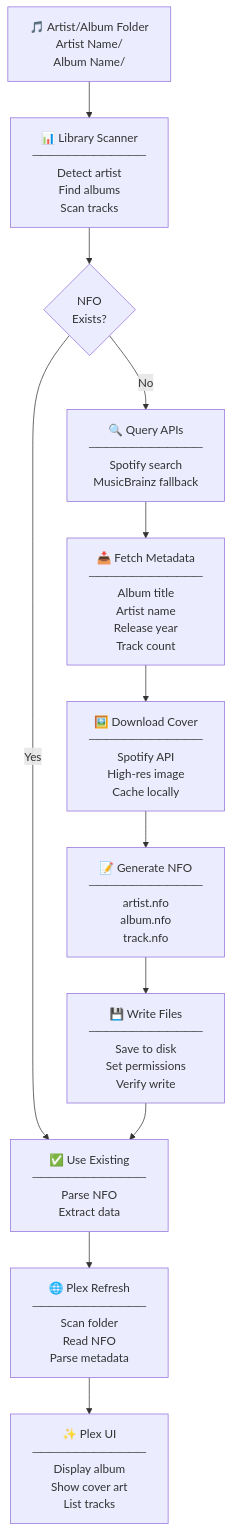
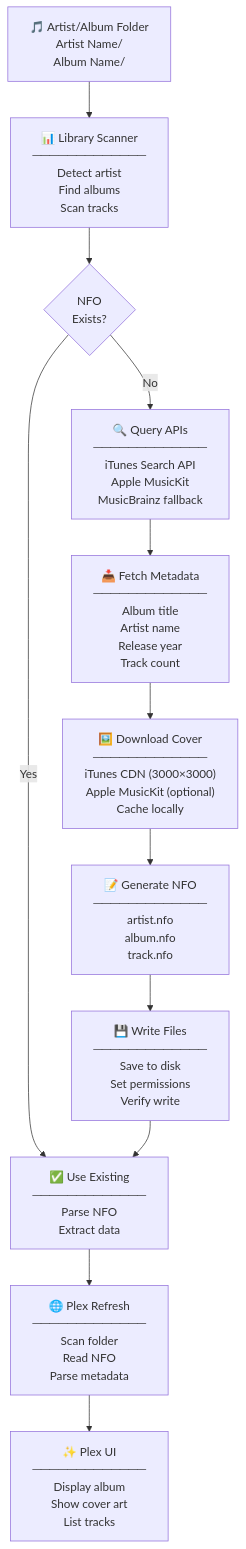
Before and after one commit to roto31/Plex-NFO-creator-and-Poster-Art-creator: the eighth of 15 diagrams in docs/WORKFLOWS_AND_DIAGRAMS.md, drawn with Mermaid. The commit also changed other lines of this file and 7 other files, not shown here.

First line of the commit message:
docs: complete Spotify → iTunes/MusicKit sweep and update extract_artwork docs

````diff
--- a/docs/WORKFLOWS_AND_DIAGRAMS.md
+++ b/docs/WORKFLOWS_AND_DIAGRAMS.md
@@ -279,24 +281,24 @@
 ```mermaid
 graph TD
     A["🎵 Artist/Album Folder<br/>Artist Name/<br/>Album Name/"] --> B["📊 Library Scanner<br/>─────────────<br/>Detect artist<br/>Find albums<br/>Scan tracks"]
     
     B --> C{NFO<br/>Exists?}
     
     C -->|Yes| D["✅ Use Existing<br/>─────────────<br/>Parse NFO<br/>Extract data"]
     
-    C -->|No| E["🔍 Query APIs<br/>─────────────<br/>Spotify search<br/>MusicBrainz fallback"]
+    C -->|No| E["🔍 Query APIs<br/>─────────────<br/>iTunes Search API<br/>Apple MusicKit<br/>MusicBrainz fallback"]
     
     E --> F["📥 Fetch Metadata<br/>─────────────<br/>Album title<br/>Artist name<br/>Release year<br/>Track count"]
     
-    F --> G["🖼️ Download Cover<br/>─────────────<br/>Spotify API<br/>High-res image<br/>Cache locally"]
+    F --> G["🖼️ Download Cover<br/>─────────────<br/>iTunes CDN (3000×3000)<br/>Apple MusicKit (optional)<br/>Cache locally"]
     
     G --> H["📝 Generate NFO<br/>─────────────<br/>artist.nfo<br/>album.nfo<br/>track.nfo"]
     
     H --> I["💾 Write Files<br/>─────────────<br/>Save to disk<br/>Set permissions<br/>Verify write"]
     
     I --> D
     
     D --> J["🌐 Plex Refresh<br/>─────────────<br/>Scan folder<br/>Read NFO<br/>Parse metadata"]
     
     J --> K["✨ Plex UI<br/>─────────────<br/>Display album<br/>Show cover art<br/>List tracks"]
 ```
````
